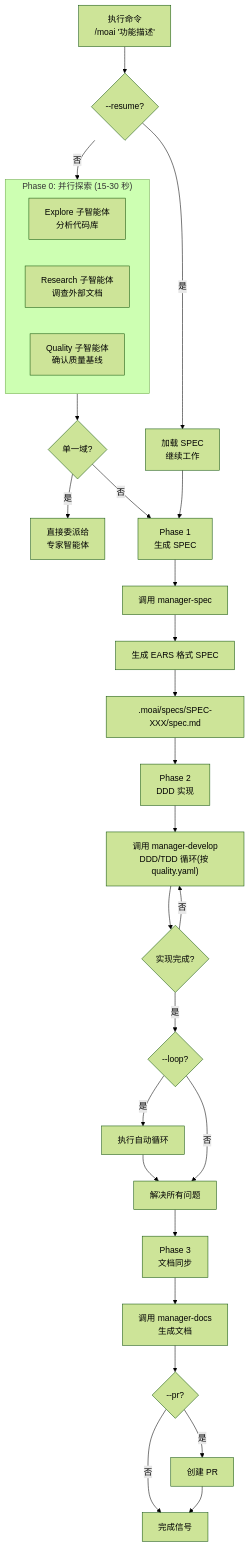
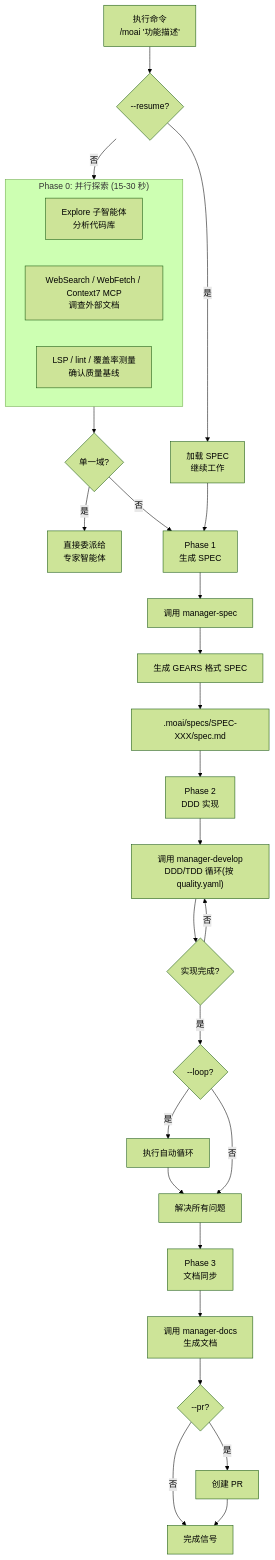
Before and after one commit to modu-ai/moai-adk: the diagram in docs-site/content/zh/utility-commands/moai.md, drawn with Mermaid (forest theme). The commit also changed other lines of this file and 83 other files, not shown here.

````diff
--- a/docs-site/content/zh/utility-commands/moai.md
+++ b/docs-site/content/zh/utility-commands/moai.md
@@ -116,40 +127,40 @@
 ```mermaid
 flowchart TD
     A["执行命令<br/>/moai '功能描述'"] --> B{--resume?}
     B -->|是| C["加载 SPEC<br/>继续工作"]
     B -->|否| D["Phase 0<br/>并行探索"]
 
     subgraph D["Phase 0: 并行探索 (15-30 秒)"]
         D1["Explore 子智能体<br/>分析代码库"]
-        D2["Research 子智能体<br/>调查外部文档"]
-        D3["Quality 子智能体<br/>确认质量基线"]
+        D2["WebSearch / WebFetch / Context7 MCP<br/>调查外部文档"]
+        D3["LSP / lint / 覆盖率测量<br/>确认质量基线"]
     end
 
     D --> E{"单一域?"}
     E -->|是| F["直接委派给<br/>专家智能体"]
     E -->|否| G["继续 Phase 1"]
 
     C --> G["Phase 1<br/>生成 SPEC"]
     G --> H["调用 manager-spec"]
-    H --> I["生成 EARS 格式 SPEC"]
+    H --> I["生成 GEARS 格式 SPEC"]
     I --> J[".moai/specs/SPEC-XXX/spec.md"]
 
     J --> K["Phase 2<br/>DDD 实现"]
 
     K --> L["调用 manager-develop<br/>DDD/TDD 循环(按 quality.yaml)"]
     L --> M{"实现完成?"}
     M -->|否| L
     M -->|是| N{"--loop?"}
 
     N -->|是| O["执行自动循环"]
     O --> P["解决所有问题"]
     N -->|否| P
 
     P --> Q["Phase 3<br/>文档同步"]
 
     Q --> R["调用 manager-docs<br/>生成文档"]
     R --> S{"--pr?"}
     S -->|是| T["创建 PR"]
     S -->|否| U["完成信号"]
     T --> U
 ```
````
